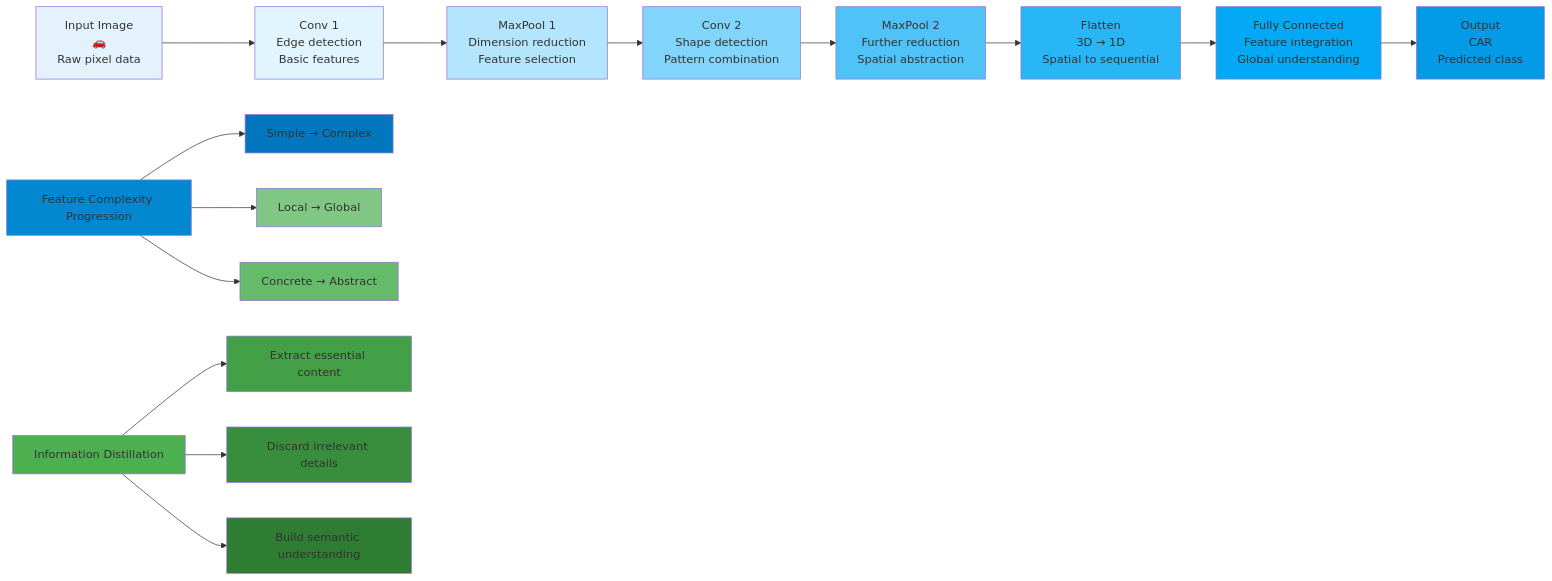
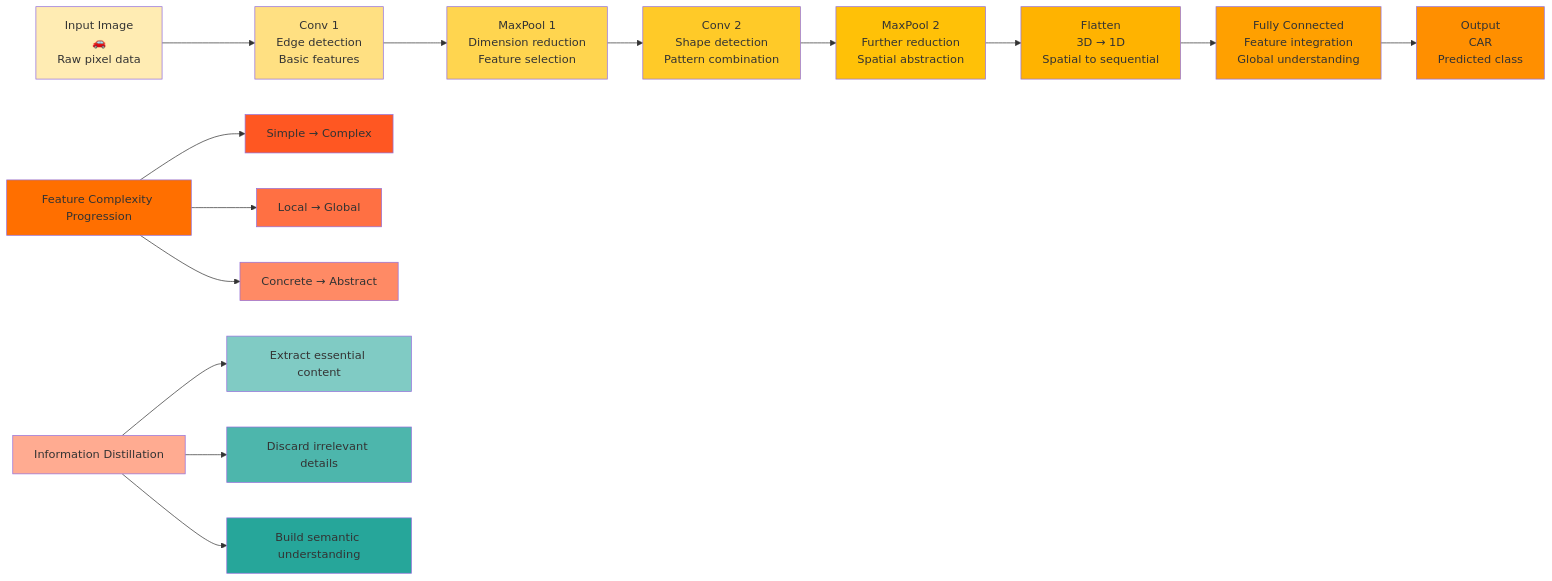
One commit to Chaklader/landmark-classification-cnn changed diagram 29 of 36 in C_1.md. Above: the diagram before and after it, drawn with Mermaid. The commit also changed other lines of this file, not shown here.

````diff
--- a/C_1.md
+++ b/C_1.md
@@ -5728,41 +5750,41 @@
 ```mermaid
 flowchart LR
     A["Input Image<br>🚗<br>Raw pixel data"] --> B["Conv 1<br>Edge detection<br>Basic features"]
 
     B --> C["MaxPool 1<br>Dimension reduction<br>Feature selection"]
 
     C --> D["Conv 2<br>Shape detection<br>Pattern combination"]
 
     D --> E["MaxPool 2<br>Further reduction<br>Spatial abstraction"]
 
     E --> F["Flatten<br>3D → 1D<br>Spatial to sequential"]
 
     F --> G["Fully Connected<br>Feature integration<br>Global understanding"]
 
     G --> H["Output<br>CAR<br>Predicted class"]
 
     I["Feature Complexity Progression"] --> J["Simple → Complex"]
     I --> K["Local → Global"]
     I --> L["Concrete → Abstract"]
 
     M["Information Distillation"] --> N["Extract essential content"]
     M --> O["Discard irrelevant details"]
     M --> P["Build semantic understanding"]
 
-style A fill:#E3F2FD
-style B fill:#E1F5FE
-style C fill:#B3E5FC
-style D fill:#81D4FA
-style E fill:#4FC3F7
-style F fill:#29B6F6
-style G fill:#03A9F4
-style H fill:#039BE5
-style I fill:#0288D1
-style J fill:#0277BD
-style K fill:#81C784
-style L fill:#66BB6A
-style M fill:#4CAF50
-style N fill:#43A047
-style O fill:#388E3C
-style P fill:#2E7D32
+style A fill:#FFECB3
+style B fill:#FFE082
+style C fill:#FFD54F
+style D fill:#FFCA28
+style E fill:#FFC107
+style F fill:#FFB300
+style G fill:#FFA000
+style H fill:#FF8F00
+style I fill:#FF6F00
+style J fill:#FF5722
+style K fill:#FF7043
+style L fill:#FF8A65
+style M fill:#FFAB91
+style N fill:#80CBC4
+style O fill:#4DB6AC
+style P fill:#26A69A
 ```
````
